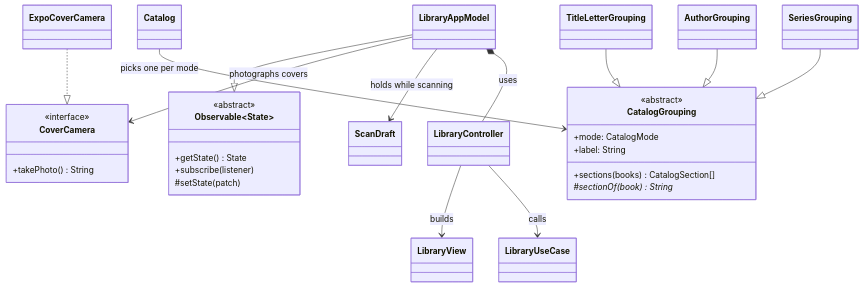
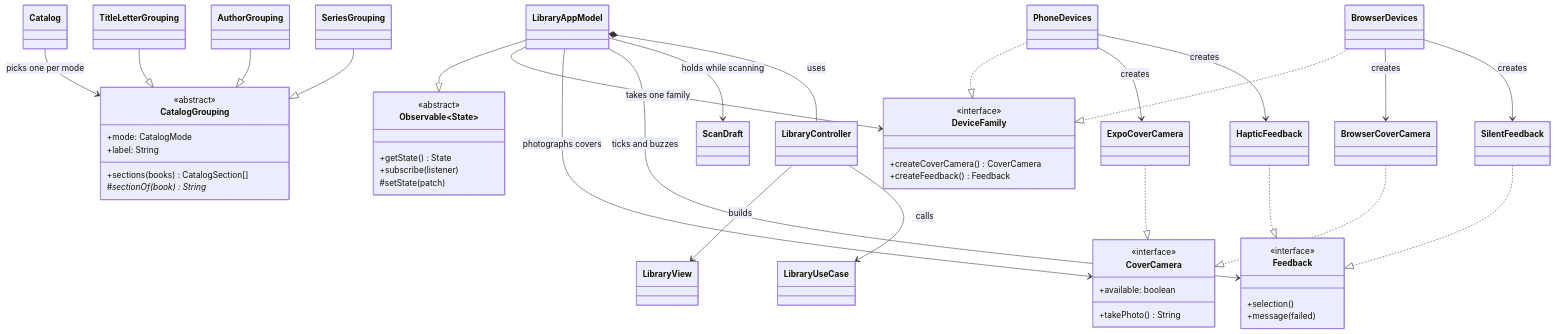
The diagram in docs/design/diagrams/class-presentation.mmd (ghechavarria/cen5064-project-hechavarria), drawn with Mermaid before and after one commit. The commit also changed 31 other files, not shown here.

```diff
--- a/docs/design/diagrams/class-presentation.mmd
+++ b/docs/design/diagrams/class-presentation.mmd
@@ -1,29 +1,51 @@
 classDiagram
     class Observable~State~ {
         <<abstract>>
         +getState() State
         +subscribe(listener)
         #setState(patch)
     }
     class CoverCamera {
         <<interface>>
+        +available: boolean
         +takePhoto() String
+    }
+    class Feedback {
+        <<interface>>
+        +selection()
+        +message(failed)
+    }
+    class DeviceFamily {
+        <<interface>>
+        +createCoverCamera() CoverCamera
+        +createFeedback() Feedback
     }
     class CatalogGrouping {
         <<abstract>>
         +mode: CatalogMode
         +label: String
         +sections(books) CatalogSection[]
         #sectionOf(book)* String
     }
     LibraryAppModel --|> Observable~State~
+    LibraryAppModel --> DeviceFamily : takes one family
     LibraryAppModel --> CoverCamera : photographs covers
+    LibraryAppModel --> Feedback : ticks and buzzes
+    PhoneDevices ..|> DeviceFamily
+    BrowserDevices ..|> DeviceFamily
+    PhoneDevices --> ExpoCoverCamera : creates
+    PhoneDevices --> HapticFeedback : creates
+    BrowserDevices --> BrowserCoverCamera : creates
+    BrowserDevices --> SilentFeedback : creates
     ExpoCoverCamera ..|> CoverCamera
+    BrowserCoverCamera ..|> CoverCamera
+    HapticFeedback ..|> Feedback
+    SilentFeedback ..|> Feedback
     LibraryAppModel --> ScanDraft : holds while scanning
     LibraryAppModel *-- LibraryController : uses
     LibraryController --> LibraryView : builds
     LibraryController --> LibraryUseCase : calls
     Catalog --> CatalogGrouping : picks one per mode
     TitleLetterGrouping --|> CatalogGrouping
     AuthorGrouping --|> CatalogGrouping
     SeriesGrouping --|> CatalogGrouping
```
